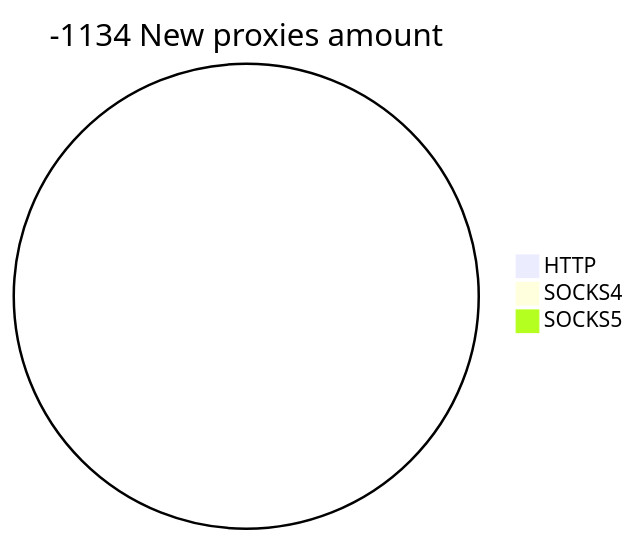
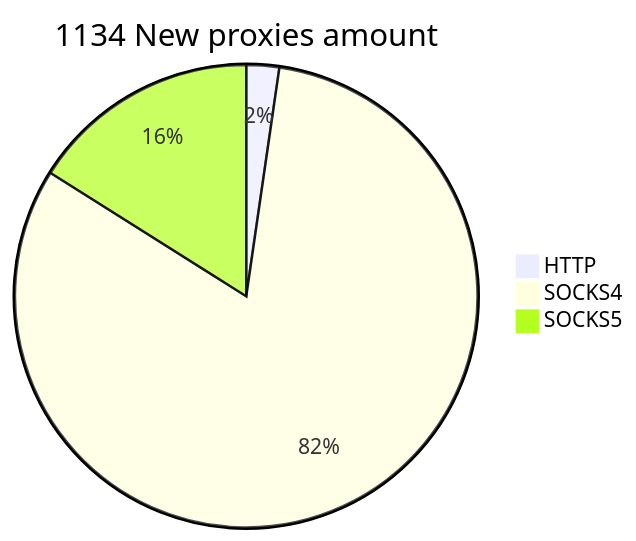
One commit to cutipu/proxylist changed the second of 2 diagrams in README.md. Above: the diagram before and after it, drawn with Mermaid. The commit also changed other lines of this file, not shown here.

````diff
--- a/README.md
+++ b/README.md
@@ -10,6 +10,6 @@
 ```mermaid
-pie title -1134 New proxies amount
-    "HTTP" : 0
-    "SOCKS4" : 0
-    "SOCKS5" : 0
+pie title 1134 New proxies amount
+    "HTTP" : 26
+    "SOCKS4" : 926
+    "SOCKS5" : 182
 ```
````
